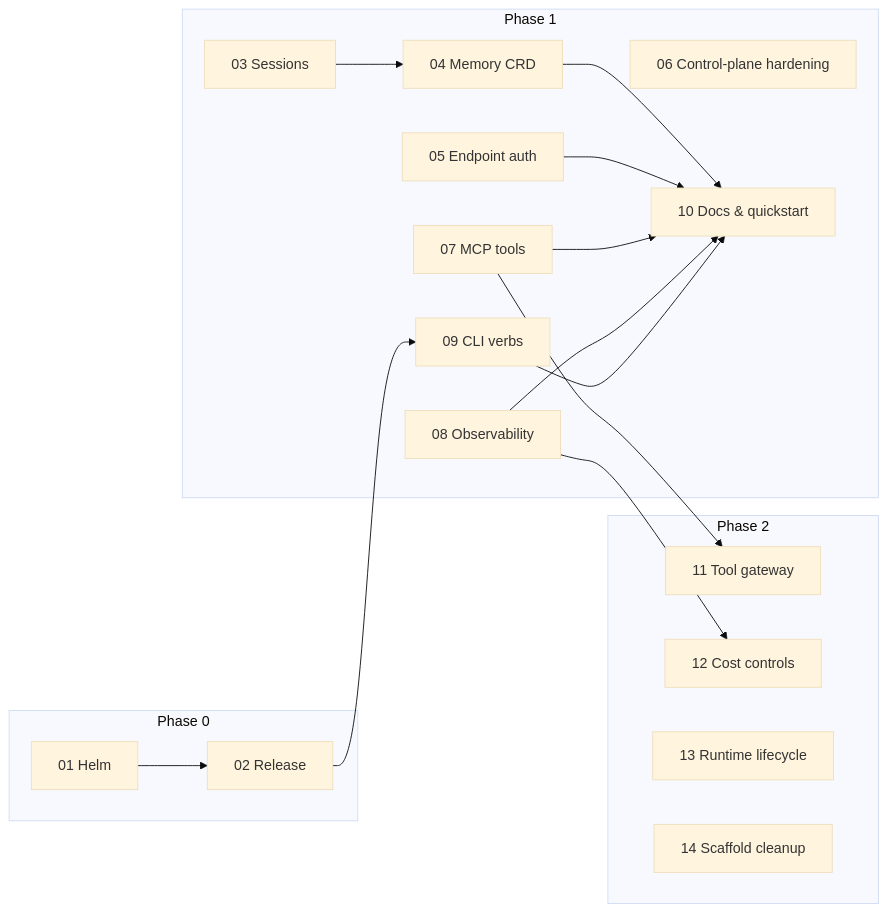
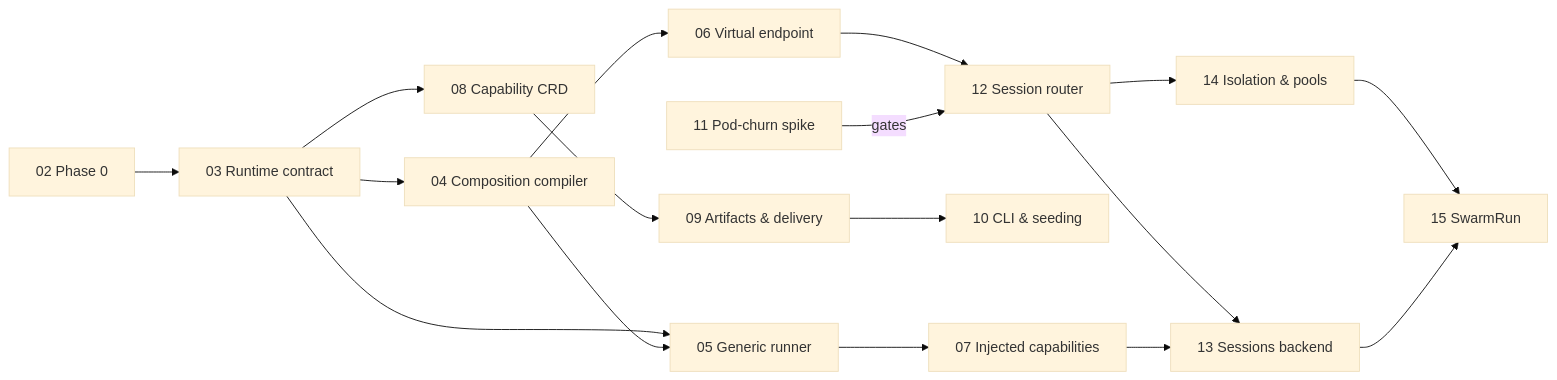
One commit to danielnyari/flokoa changed the diagram in docs/roadmap/README.md. Above: the diagram before and after it, drawn with Mermaid (base theme). The commit also changed other lines of this file and 32 other files, not shown here.

First line of the commit message:
Replace roadmap with Pivot v2.1: pydantic-ai agent harness for Kubernetes

````diff
--- a/docs/roadmap/README.md
+++ b/docs/roadmap/README.md
@@ -53,25 +41,19 @@
 ```mermaid
 graph LR
-    subgraph "Phase 0"
-        U01[01 Helm] --> U02[02 Release]
-    end
-    subgraph "Phase 1"
-        U03[03 Sessions] --> U04[04 Memory CRD]
-        U05[05 Endpoint auth]
-        U06[06 Control-plane hardening]
-        U07[07 MCP tools]
-        U08[08 Observability]
-        U02 --> U09[09 CLI verbs]
-        U04 --> U10[10 Docs & quickstart]
-        U05 --> U10
-        U07 --> U10
-        U08 --> U10
-        U09 --> U10
-    end
-    subgraph "Phase 2"
-        U07 --> U11[11 Tool gateway]
-        U08 --> U12[12 Cost controls]
-        U13[13 Runtime lifecycle]
-        U14[14 Scaffold cleanup]
-    end
+    P0[02 Phase 0] --> RC[03 Runtime contract]
+    RC --> COMP[04 Composition compiler]
+    RC --> RUN[05 Generic runner]
+    COMP --> RUN
+    COMP --> VEI[06 Virtual endpoint]
+    RUN --> INJ[07 Injected capabilities]
+    RC --> CAP[08 Capability CRD]
+    CAP --> DEL[09 Artifacts & delivery]
+    DEL --> CLI[10 CLI & seeding]
+    VEI --> SR[12 Session router]
+    SPIKE[11 Pod-churn spike] -->|gates| SR
+    SR --> SS[13 Sessions backend]
+    SR --> ISO[14 Isolation & pools]
+    INJ --> SS
+    ISO --> SW[15 SwarmRun]
+    SS --> SW
 ```
````
